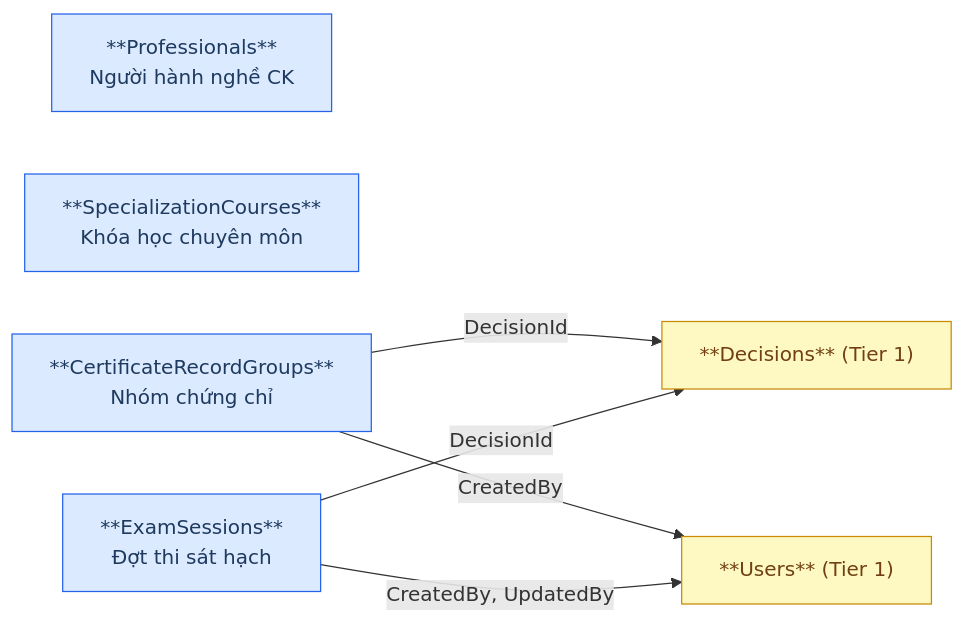
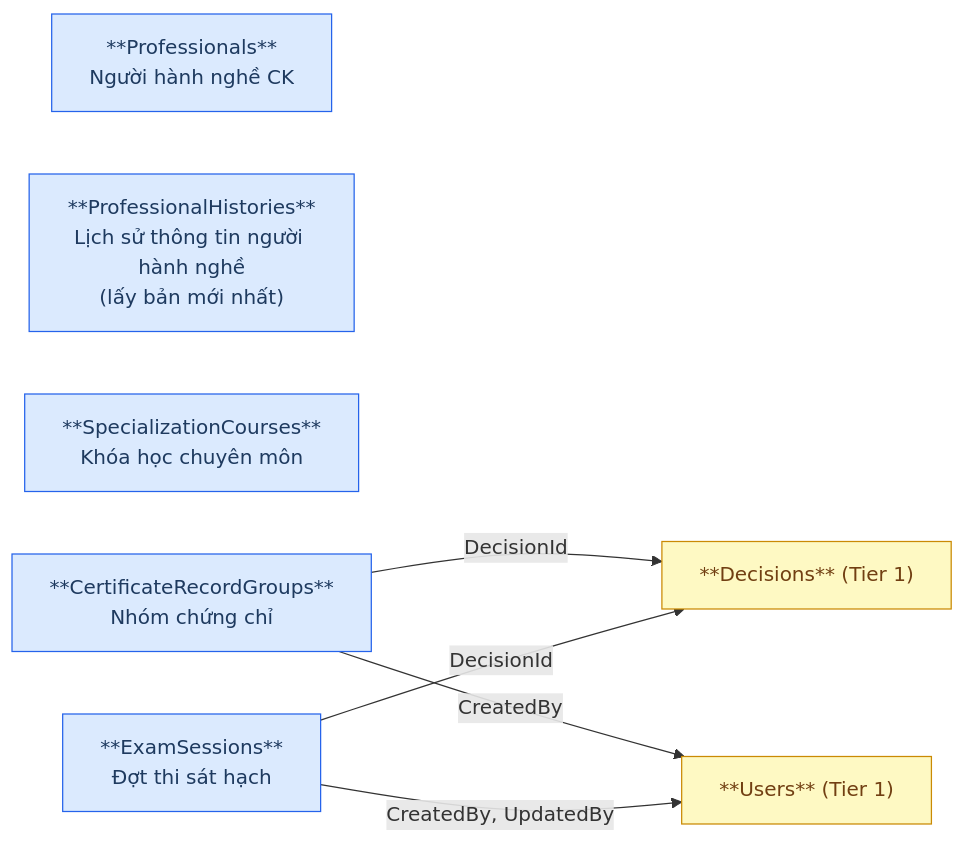
Before and after one commit to linhlvit/ubck_atomic_design: the first of 2 diagrams in Silver/hld/NHNCK_HLD_Tier2.md, drawn with Mermaid. The commit also changed other lines of this file and 53 other files, not shown here.

````diff
--- a/Silver/hld/NHNCK_HLD_Tier2.md
+++ b/Silver/hld/NHNCK_HLD_Tier2.md
@@ -22,18 +22,19 @@
 ```mermaid
 graph LR
     classDef src fill:#dbeafe,stroke:#2563eb,color:#1e3a5f
     classDef outscope fill:#fef9c3,stroke:#ca8a04,color:#713f12
 
     Professionals["**Professionals**\nNgười hành nghề CK"]:::src
+    ProfessionalHistories["**ProfessionalHistories**\nLịch sử thông tin người hành nghề\n(lấy bản mới nhất)"]:::src
     SpecializationCourses["**SpecializationCourses**\nKhóa học chuyên môn"]:::src
     CertificateRecordGroups["**CertificateRecordGroups**\nNhóm chứng chỉ"]:::src
     ExamSessions["**ExamSessions**\nĐợt thi sát hạch"]:::src
 
     Decisions["**Decisions** (Tier 1)"]:::outscope
     Users["**Users** (Tier 1)"]:::outscope
 
     CertificateRecordGroups -->|"DecisionId"| Decisions
     CertificateRecordGroups -->|"CreatedBy"| Users
     ExamSessions -->|"DecisionId"| Decisions
     ExamSessions -->|"CreatedBy, UpdatedBy"| Users
 ```
````
